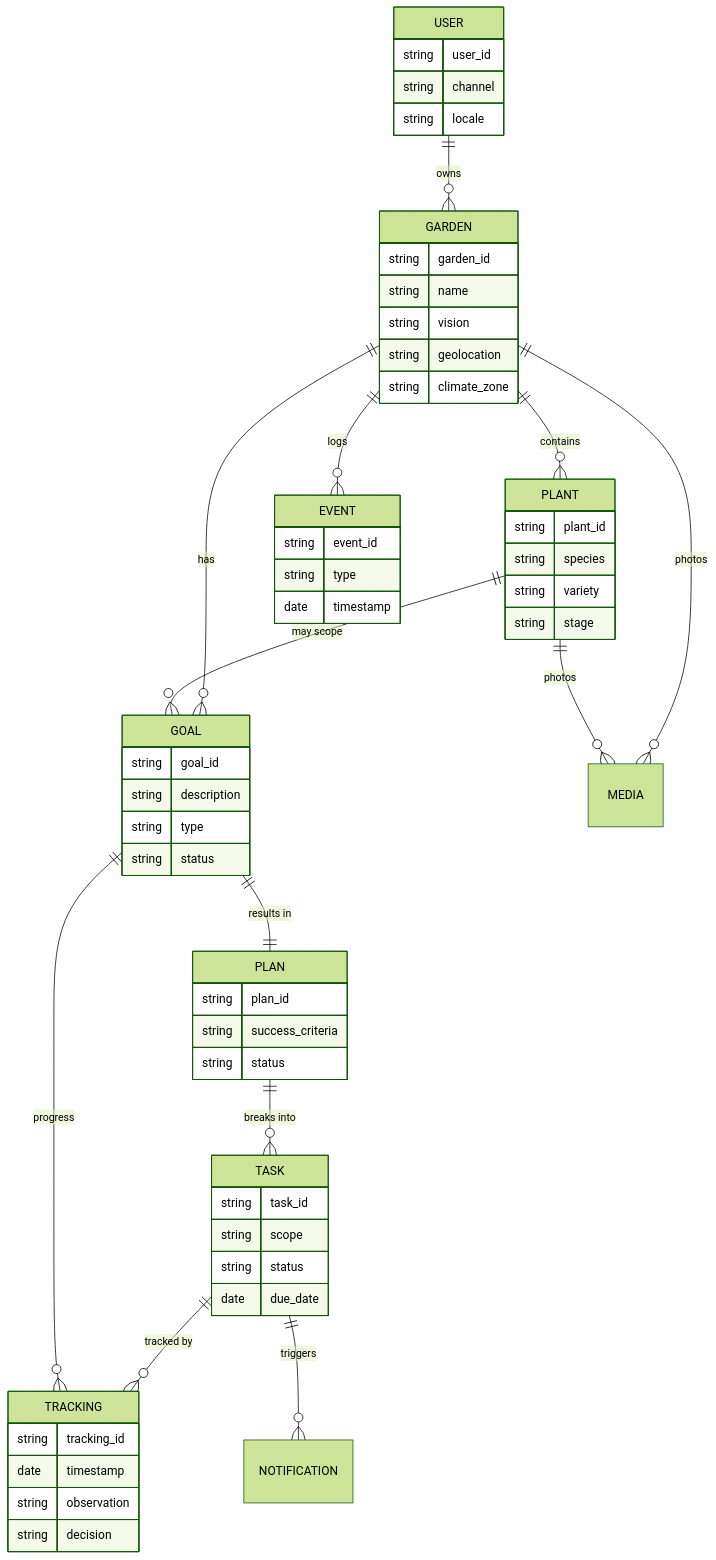
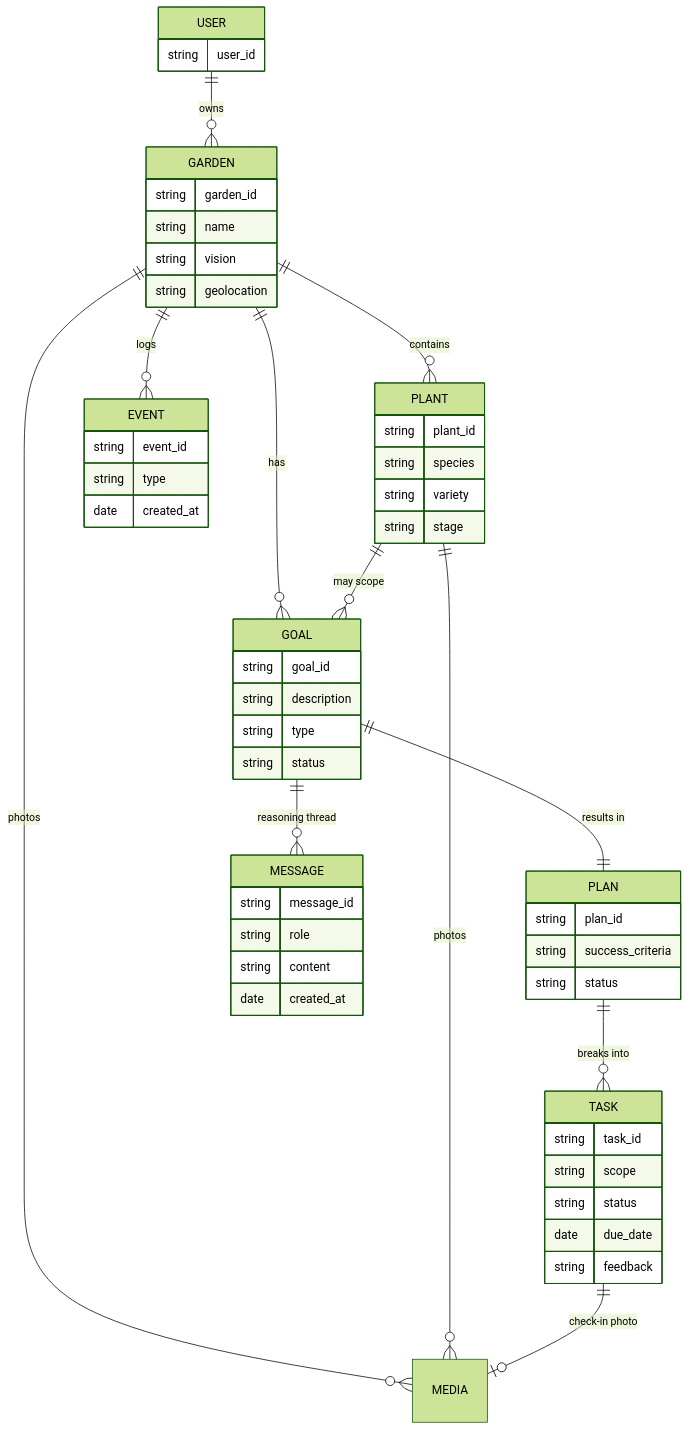
One commit to prashant-baj/tendril changed the fourth of 9 diagrams in docs/architecture/architecture.md. Above: the diagram before and after it, drawn with Mermaid (forest theme). The commit also changed other lines of this file and 5 other files, not shown here.

````diff
--- a/docs/architecture/architecture.md
+++ b/docs/architecture/architecture.md
@@ -100,61 +102,58 @@
 ```mermaid
 erDiagram
   USER ||--o{ GARDEN : owns
   GARDEN ||--o{ PLANT : contains
   GARDEN ||--o{ GOAL : has
   PLANT ||--o{ GOAL : "may scope"
   GOAL ||--|| PLAN : "results in"
   PLAN ||--o{ TASK : "breaks into"
-  TASK ||--o{ TRACKING : "tracked by"
-  GOAL ||--o{ TRACKING : "progress"
+  GOAL ||--o{ MESSAGE : "reasoning thread"
   GARDEN ||--o{ MEDIA : "photos"
   PLANT ||--o{ MEDIA : "photos"
-  TASK ||--o{ NOTIFICATION : "triggers"
+  TASK ||--o| MEDIA : "check-in photo"
   GARDEN ||--o{ EVENT : "logs"
   USER {
     string user_id
-    string channel
-    string locale
   }
   GARDEN {
     string garden_id
     string name
     string vision
     string geolocation
-    string climate_zone
   }
   PLANT {
     string plant_id
     string species
     string variety
     string stage
   }
   GOAL {
     string goal_id
     string description
     string type
     string status
   }
   PLAN {
     string plan_id
     string success_criteria
     string status
   }
   TASK {
     string task_id
     string scope
     string status
     date due_date
+    string feedback
   }
-  TRACKING {
-    string tracking_id
-    date timestamp
-    string observation
-    string decision
+  MESSAGE {
+    string message_id
+    string role
+    string content
+    date created_at
   }
   EVENT {
     string event_id
     string type
-    date timestamp
+    date created_at
   }
 ```
````
